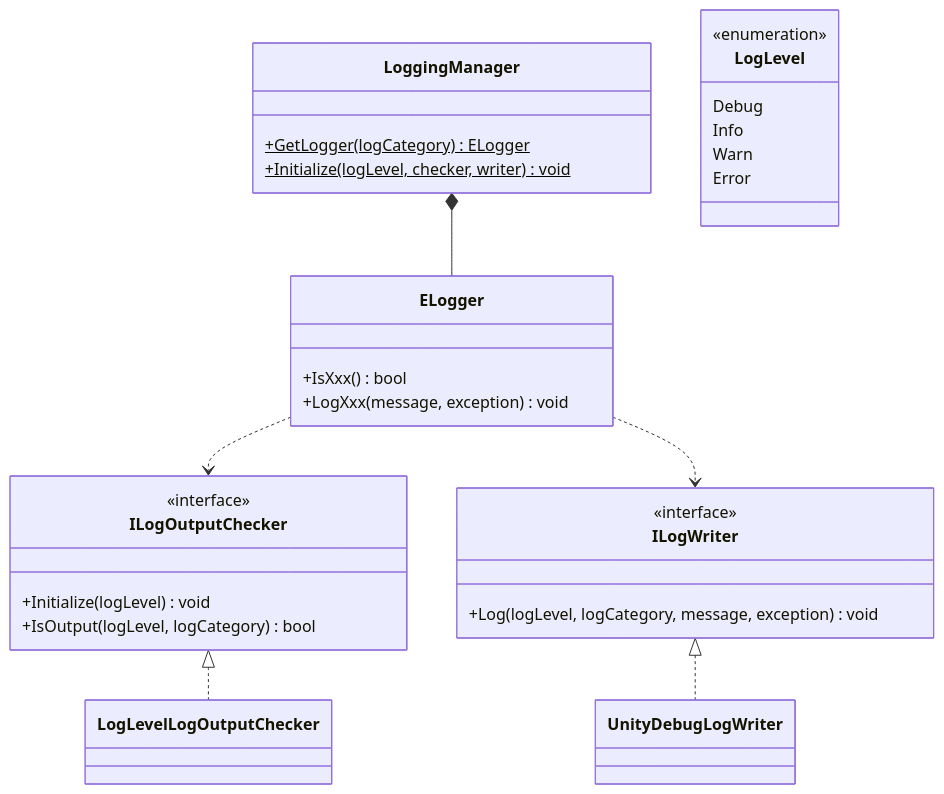
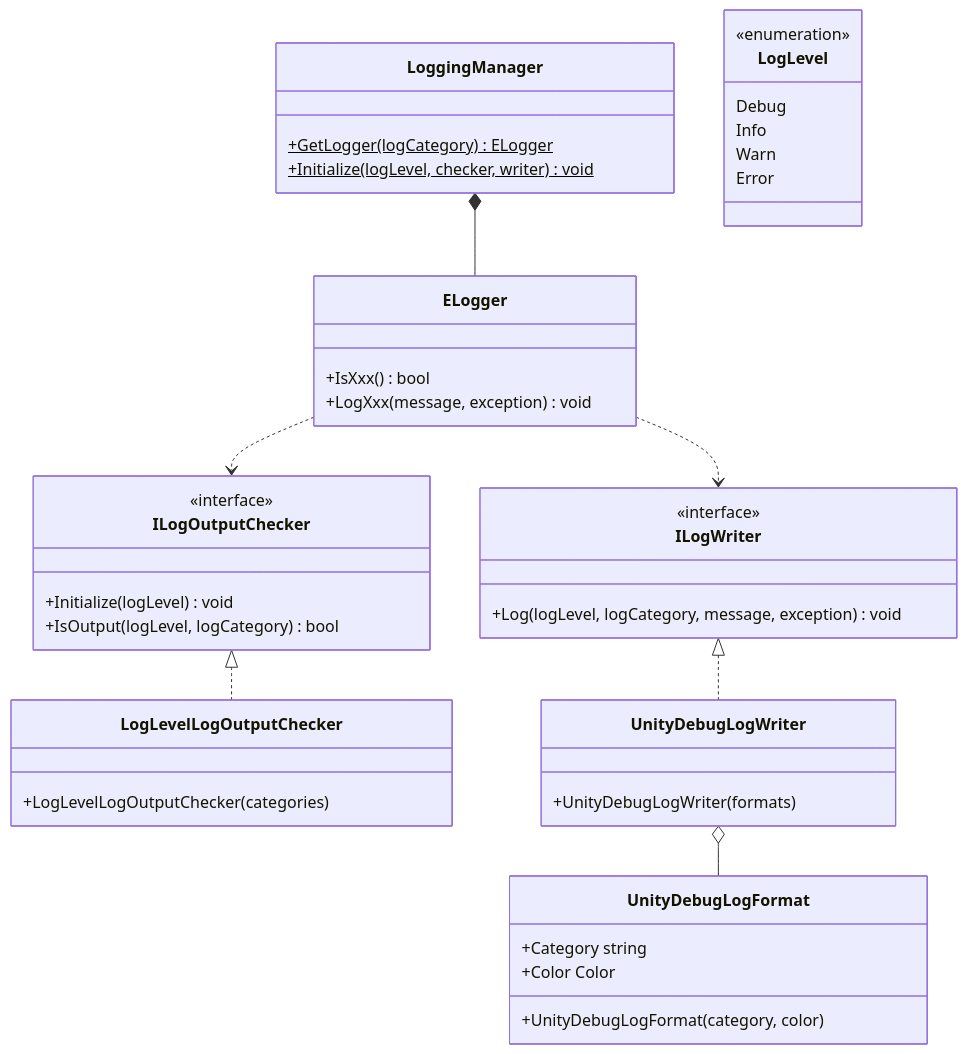
The first of 2 diagrams in docs/core/logging.md (extreal-dev/Extreal.Guide), drawn with Mermaid before and after one commit. The commit also changed other lines of this file and 3 other files, not shown here.

Commit message:
Add ability to customize log output using log categories

````diff
--- a/docs/core/logging.md
+++ b/docs/core/logging.md
@@ -58,44 +61,53 @@
 ```mermaid
 classDiagram
 
     LoggingManager *-- ELogger
     ELogger ..> ILogOutputChecker
     ELogger ..> ILogWriter
     ILogOutputChecker <|.. LogLevelLogOutputChecker
     ILogWriter <|.. UnityDebugLogWriter
+    UnityDebugLogWriter o-- UnityDebugLogFormat
 
     class LogLevel {
         <<enumeration>>
         Debug
         Info
         Warn
         Error
     }
 
     class ELogger {
         +IsXxx() bool
         +LogXxx(message, exception) void
     }
 
     class LoggingManager {
         +GetLogger(logCategory)$ ELogger
         +Initialize(logLevel, checker, writer)$ void
     }
 
     class ILogOutputChecker {
         <<interface>>
         +Initialize(logLevel) void
         +IsOutput(logLevel, logCategory) bool
     }
 
     class ILogWriter {
         <<interface>>
         +Log(logLevel, logCategory, message, exception) void
     }
 
     class LogLevelLogOutputChecker {
+        +LogLevelLogOutputChecker(categories)
     }
 
     class UnityDebugLogWriter {
+        +UnityDebugLogWriter(formats)
+    }
+    
+    class UnityDebugLogFormat {
+        +Category string
+        +Color Color
+        +UnityDebugLogFormat(category, color)
     }
 ```
````
